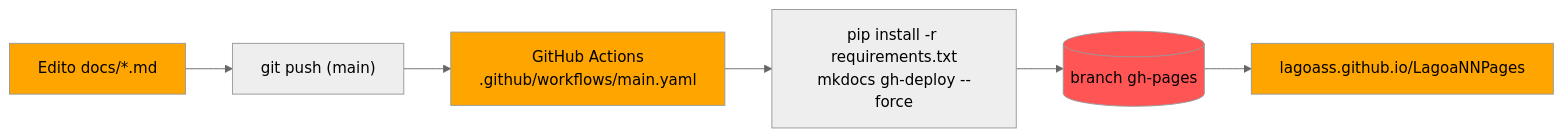
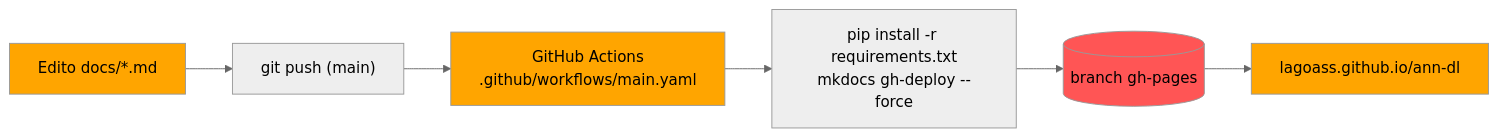
Before and after one commit to Lagoass/ann-dl: the diagram in docs/setup/index.md, drawn with Mermaid (neutral theme). The commit also changed other lines of this file and 15 other files, not shown here.

````diff
--- a/docs/setup/index.md
+++ b/docs/setup/index.md
@@ -9,10 +9,10 @@
 ```mermaid
 flowchart LR
     edit["Edito docs/*.md"]:::orange --> push["git push (main)"]
     push --> ci["GitHub Actions<br/>.github/workflows/main.yaml"]:::orange
     ci --> build["pip install -r requirements.txt<br/>mkdocs gh-deploy --force"]
     build --> ghp[("branch gh-pages")]:::red
-    ghp --> site["lagoass.github.io/LagoaNNPages"]:::orange
+    ghp --> site["lagoass.github.io/ann-dl"]:::orange
     classDef red fill:#f55
     classDef orange fill:#ffa500
 ```
````
